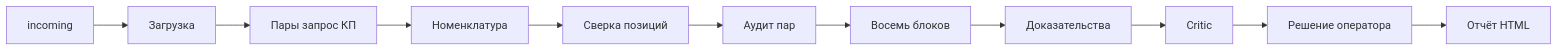
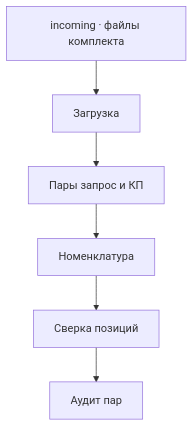
The first of 2 diagrams in README.md (EdwFa/kp-check), drawn with Mermaid before and after one commit. The commit also changed other lines of this file and 2 other files, not shown here.

Commit message:
Show the graph sequence in two columns so the steps stay readable.

````diff
--- a/README.md
+++ b/README.md
@@ -26,13 +29,14 @@
 ```mermaid
-flowchart LR
-  files[incoming] --> load[Загрузка]
-  load --> pair[Пары запрос КП]
-  pair --> nomenclature[Номенклатура]
-  nomenclature --> baseline[Сверка позиций]
-  baseline --> audit[Аудит пар]
-  audit --> blocks[Восемь блоков]
-  blocks --> compliance[Доказательства]
-  compliance --> critic[Critic]
-  critic --> hitl[Решение оператора]
-  hitl --> report[Отчёт HTML]
+flowchart TD
+  files["incoming · файлы комплекта"]
+  load["Загрузка"]
+  pair["Пары запрос и КП"]
+  nomenclature["Номенклатура"]
+  baseline["Сверка позиций"]
+  audit["Аудит пар"]
+  files --> load
+  load --> pair
+  pair --> nomenclature
+  nomenclature --> baseline
+  baseline --> audit
 ```
````
